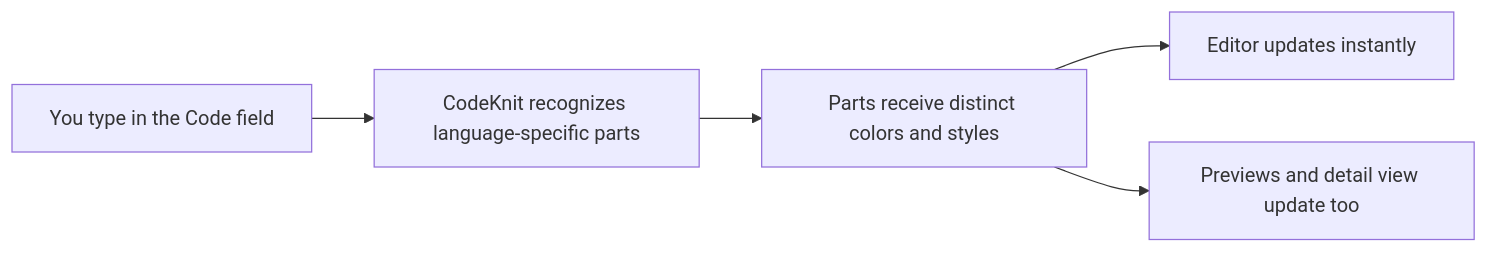
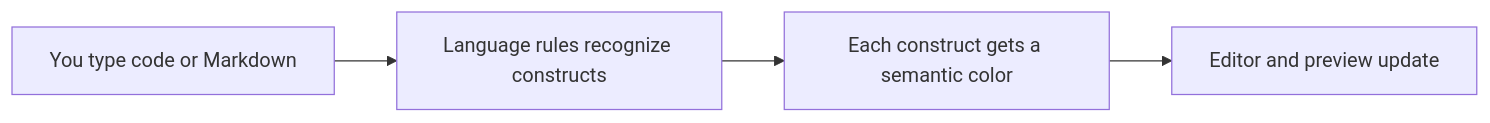
Before and after one commit to Mohita111/API2: the first of 2 diagrams in api2-documentation/plan_2026-11-02_f8890e/user-facing-docs/syntax-highlighting.md, drawn with Mermaid. The commit also changed other lines of this file and 12 other files, not shown here.

````diff
--- a/api2-documentation/plan_2026-11-02_f8890e/user-facing-docs/syntax-highlighting.md
+++ b/api2-documentation/plan_2026-11-02_f8890e/user-facing-docs/syntax-highlighting.md
@@ -29,7 +13,6 @@
 ```mermaid
 graph LR
-    A[You type in the Code field] --> B[CodeKnit recognizes language-specific parts]
-    B --> C[Parts receive distinct colors and styles]
-    C --> D[Editor updates instantly]
-    C --> E[Previews and detail view update too]
+  A[You type code or Markdown] --> B[Language rules recognize constructs]
+  B --> C[Each construct gets a semantic color]
+  C --> D[Editor and preview update]
 ```
````
